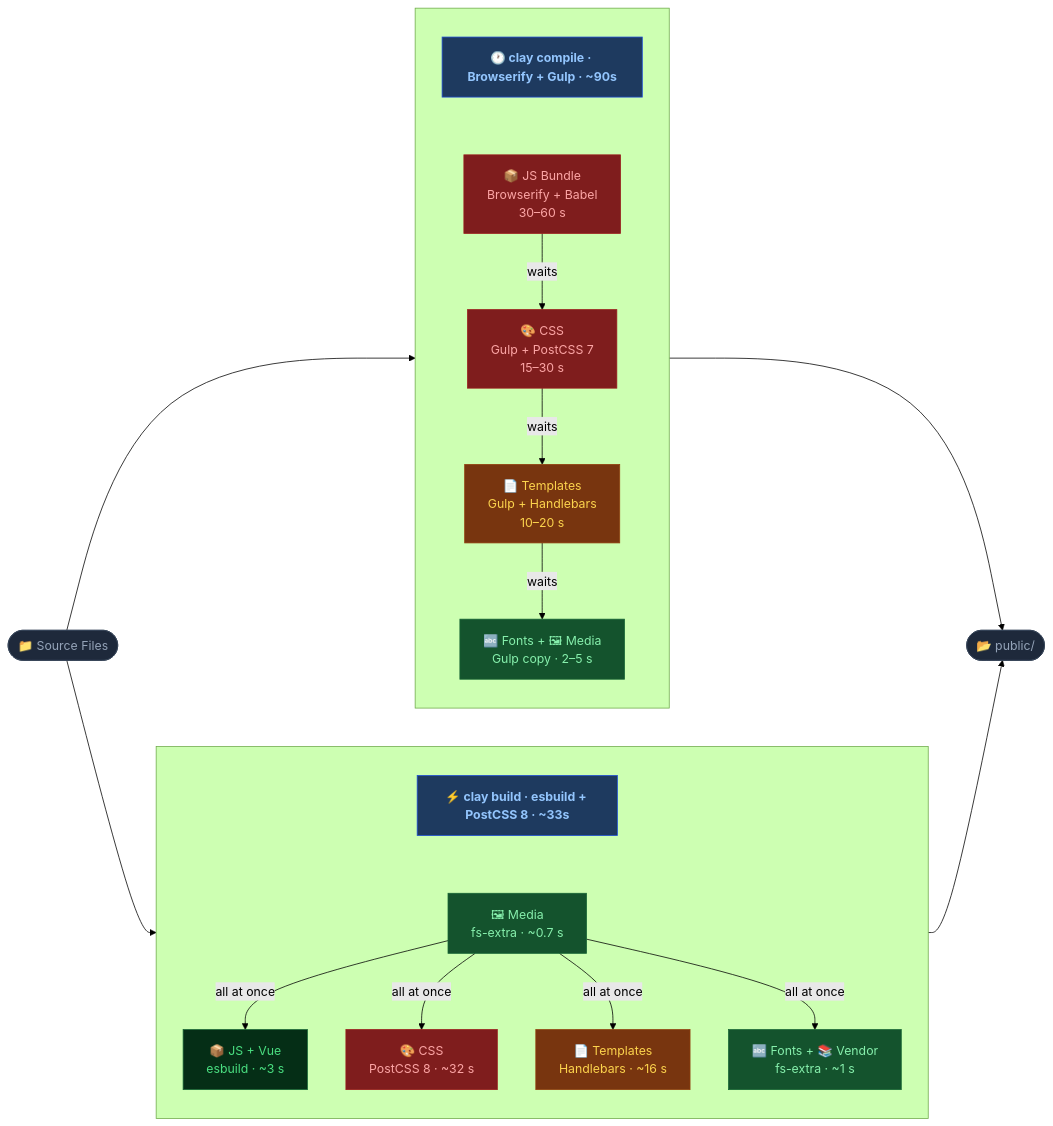
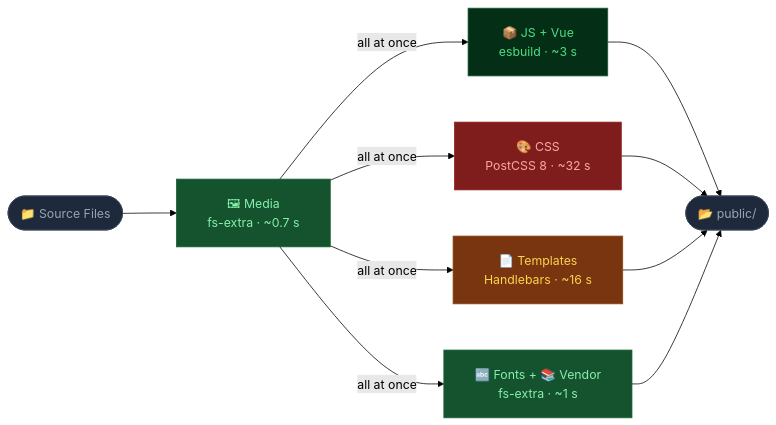
The second of 5 diagrams in CLAY-BUILD.md (clay/claycli), drawn with Mermaid (forest theme) before and after one commit. The commit also changed other lines of this file and 12 other files, not shown here.

````diff
--- a/CLAY-BUILD.md
+++ b/CLAY-BUILD.md
@@ -171,38 +196,22 @@
 ```mermaid
+%%{init: {'flowchart': {'nodeSpacing': 60, 'rankSpacing': 70, 'padding': 20}}}%%
 flowchart LR
     SRC(["📁 Source Files"]):::src
 
-    subgraph LEGACY[ ]
-        direction TB
-        LH["🕐 clay compile · Browserify + Gulp · ~90s"]:::hdr
-        L1["📦 JS Bundle\nBrowserify + Babel\n30–60 s"]:::slow
-        L2["🎨 CSS\nGulp + PostCSS 7\n15–30 s"]:::slow
-        L3["📄 Templates\nGulp + Handlebars\n10–20 s"]:::med
-        L4["🔤 Fonts + 🖼 Media\nGulp copy · 2–5 s"]:::fast
-        LH ~~~ L1 -->|"waits"| L2 -->|"waits"| L3 -->|"waits"| L4
-    end
-
-    subgraph MODERN[ ]
-        direction TB
-        NH["⚡ clay build · esbuild + PostCSS 8 · ~33s"]:::hdr
-        N0["🖼 Media\nfs-extra · ~0.7 s"]:::fast
-        N1["📦 JS + Vue\nesbuild · ~3 s"]:::vfast
-        N2["🎨 CSS\nPostCSS 8 · ~32 s"]:::slow
-        N3["📄 Templates\nHandlebars · ~16 s"]:::med
-        N4["🔤 Fonts + 📚 Vendor\nfs-extra · ~1 s"]:::fast
-        NH ~~~ N0 -->|"all at once"| N1 & N2 & N3 & N4
-    end
+    N0["🖼 Media<br/>fs-extra · ~0.7 s"]:::fast
+    N1["📦 JS + Vue<br/>esbuild · ~3 s"]:::vfast
+    N2["🎨 CSS<br/>PostCSS 8 · ~32 s"]:::slow
+    N3["📄 Templates<br/>Handlebars · ~16 s"]:::med
+    N4["🔤 Fonts + 📚 Vendor<br/>fs-extra · ~1 s"]:::fast
 
     OUT(["📂 public/"]):::out
 
-    SRC --> LEGACY --> OUT
-    SRC --> MODERN --> OUT
+    SRC --> N0 -->|"all at once"| N1 & N2 & N3 & N4 --> OUT
 
     classDef src   fill:#1e293b,color:#94a3b8,stroke:#334155
     classDef out   fill:#1e293b,color:#94a3b8,stroke:#334155
-    classDef hdr   fill:#1e3a5f,color:#93c5fd,stroke:#1d4ed8,font-weight:bold
     classDef slow  fill:#7f1d1d,color:#fca5a5,stroke:#991b1b
     classDef med   fill:#78350f,color:#fcd34d,stroke:#92400e
     classDef fast  fill:#14532d,color:#86efac,stroke:#166534
     classDef vfast fill:#052e16,color:#4ade80,stroke:#166534
 ```
````
